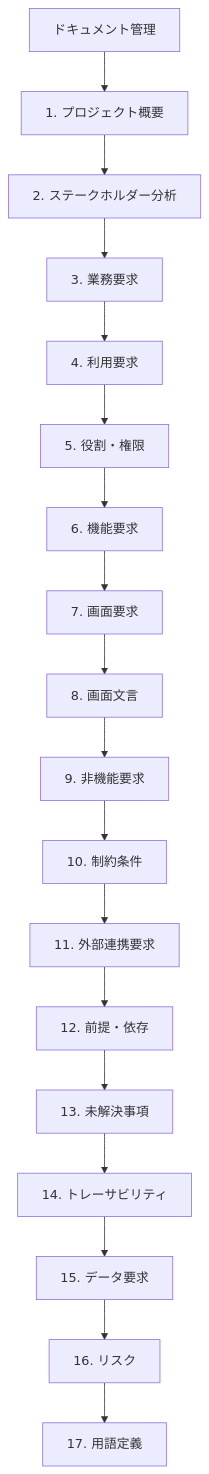
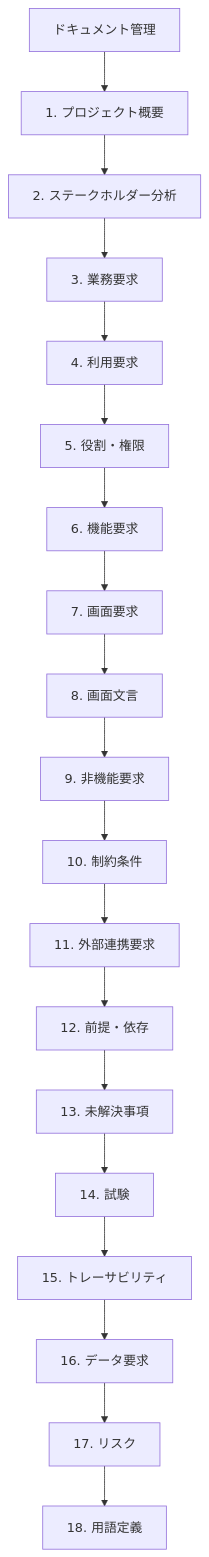
Before and after one commit to shioki/requirements-to-spec-template: the first of 3 diagrams in template.md, drawn with Mermaid. The commit also changed other lines of this file and 6 other files, not shown here.

````diff
--- a/template.md
+++ b/template.md
@@ -29,20 +29,21 @@
 ```mermaid
 flowchart TD
   docControl["ドキュメント管理"] --> projectOverview["1. プロジェクト概要"]
   projectOverview --> stakeholderAnalysis["2. ステークホルダー分析"]
   stakeholderAnalysis --> businessReq["3. 業務要求"]
   businessReq --> userCases["4. 利用要求"]
   userCases --> roles["5. 役割・権限"]
   roles --> functionalReq["6. 機能要求"]
   functionalReq --> uiRequirements["7. 画面要求"]
   uiRequirements --> messages["8. 画面文言"]
   messages --> nonFunctionalReq["9. 非機能要求"]
   nonFunctionalReq --> constraints["10. 制約条件"]
   constraints --> interfaces["11. 外部連携要求"]
   interfaces --> assumptions["12. 前提・依存"]
   assumptions --> openIssues["13. 未解決事項"]
-  openIssues --> traceability["14. トレーサビリティ"]
-  traceability --> dataReq["15. データ要求"]
-  dataReq --> risks["16. リスク"]
-  risks --> glossary["17. 用語定義"]
+  openIssues --> tests["14. 試験"]
+  tests --> traceability["15. トレーサビリティ"]
+  traceability --> dataReq["16. データ要求"]
+  dataReq --> risks["17. リスク"]
+  risks --> glossary["18. 用語定義"]
 ```
````
